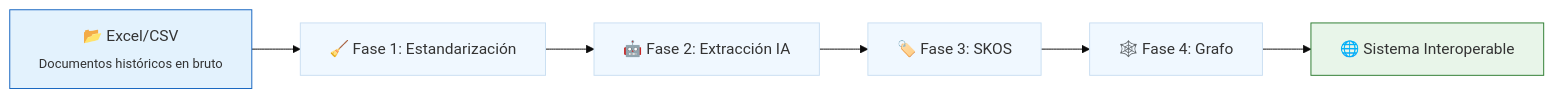
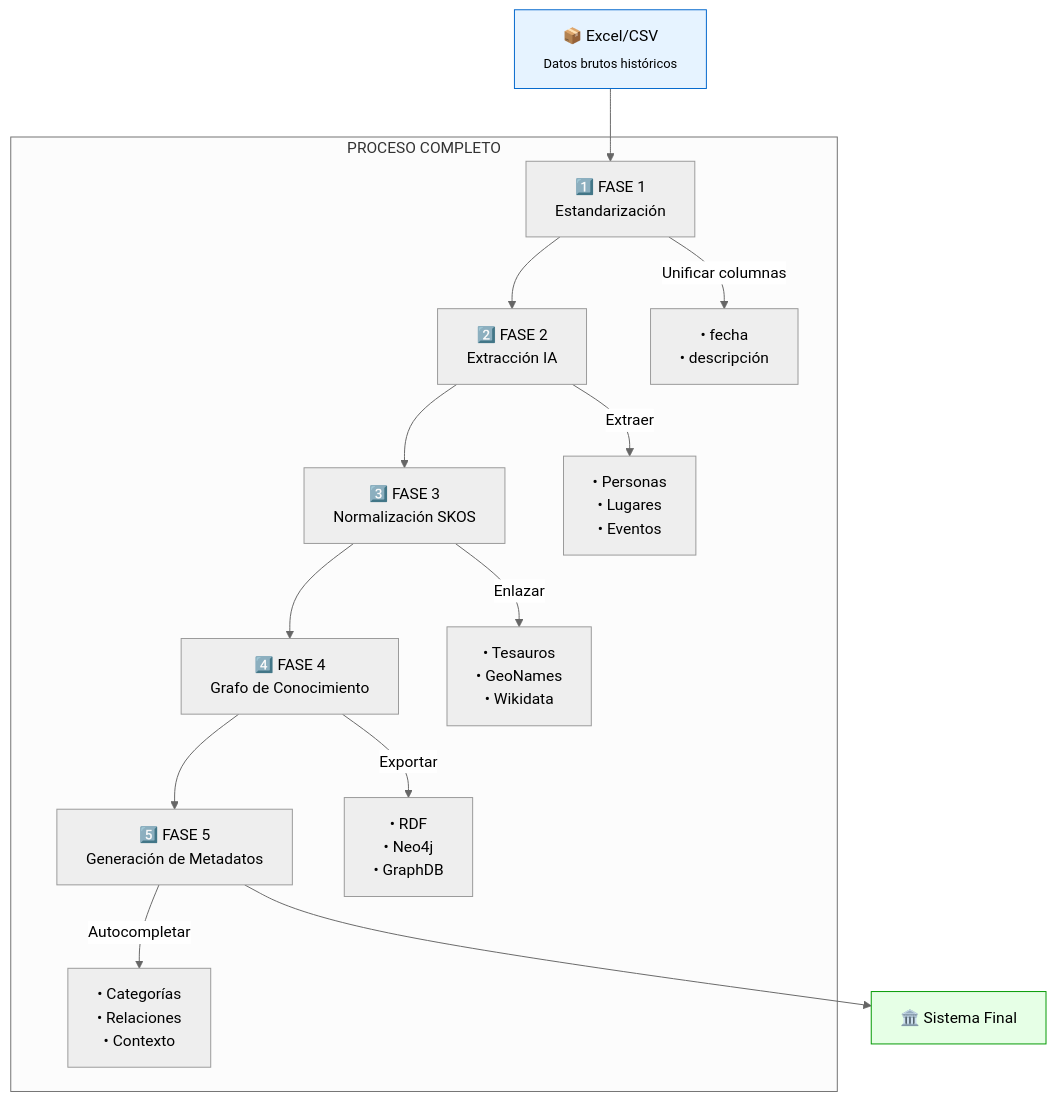
One commit to javiervzpucp/metadatos-archivo changed the diagram in README.md. Above: the diagram before and after it, drawn with Mermaid. The commit also changed other lines of this file, not shown here.

````diff
--- a/README.md
+++ b/README.md
@@ -260,17 +260,21 @@
 ```mermaid
-%%{init: {'theme': 'base', 'themeVariables': { 'primaryColor': '#f0f8ff', 'edgeLabelBackground':'#fff'}}}%%
-graph LR
-    A[📂 Excel/CSV<br><sub>Documentos históricos en bruto</sub>] --> B[🧹 Fase 1: Estandarización]
-    B --> C[🤖 Fase 2: Extracción IA]
-    C --> D[🏷️ Fase 3: SKOS]
-    D --> E[🕸️ Fase 4: Grafo]
-    E --> F[🌐 Sistema Interoperable]
+%%{init: {'theme': 'neutral', 'fontFamily': 'Arial', 'gantt': {'barHeight': 20}}}%%
+flowchart TD
+    A[📦 Excel/CSV<br><sub>Datos brutos históricos</sub>] --> B[1️⃣ FASE 1<br>Estandarización]
+    B --> C[2️⃣ FASE 2<br>Extracción IA]
+    C --> D[3️⃣ FASE 3<br>Normalización SKOS]
+    D --> E[4️⃣ FASE 4<br>Grafo de Conocimiento]
+    E --> F[5️⃣ FASE 5<br>Generación de Metadatos]
+    F --> G[🏛️ Sistema Final]
 
-    click B "#fase1" "Normalización de fechas/columnas"
-    click C "#fase2" "3 keywords por documento"
-    click D "#fase3" "Link a vocabularios"
-    click E "#fase4" "Exportar a RDF/Neo4j"
+    subgraph "PROCESO COMPLETO"
+    B -->|Unificar columnas| B1["• fecha<br>• descripción"]
+    C -->|Extraer| C1["• Personas<br>• Lugares<br>• Eventos"]
+    D -->|Enlazar| D1["• Tesauros<br>• GeoNames<br>• Wikidata"]
+    E -->|Exportar| E1["• RDF<br>• Neo4j<br>• GraphDB"]
+    F -->|Autocompletar| F1["• Categorías<br>• Relaciones<br>• Contexto"]
+    end
 
-    style A fill:#e3f2fd,stroke:#1565c0
-    style F fill:#e8f5e9,stroke:#2e7d32
+    style A fill:#e6f3ff,stroke:#0066cc
+    style G fill:#e6ffe6,stroke:#009900
 ```
````
